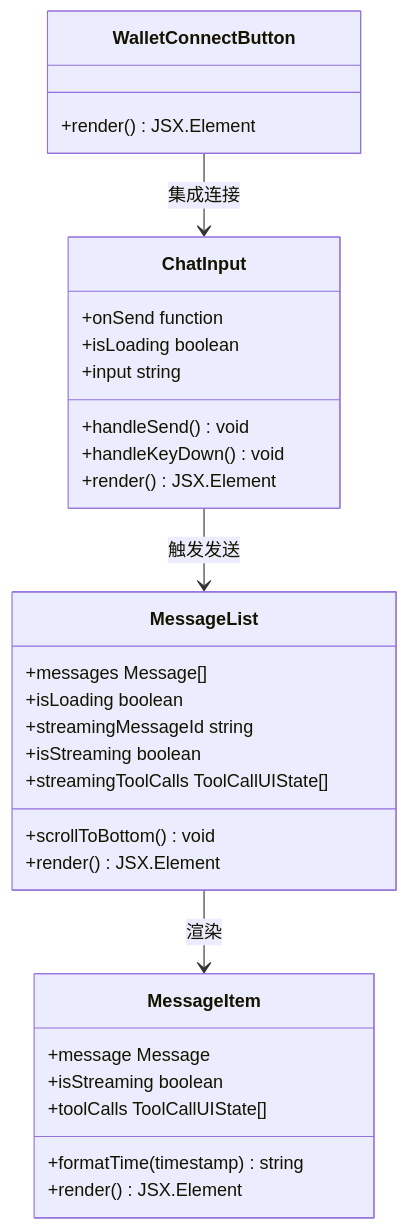
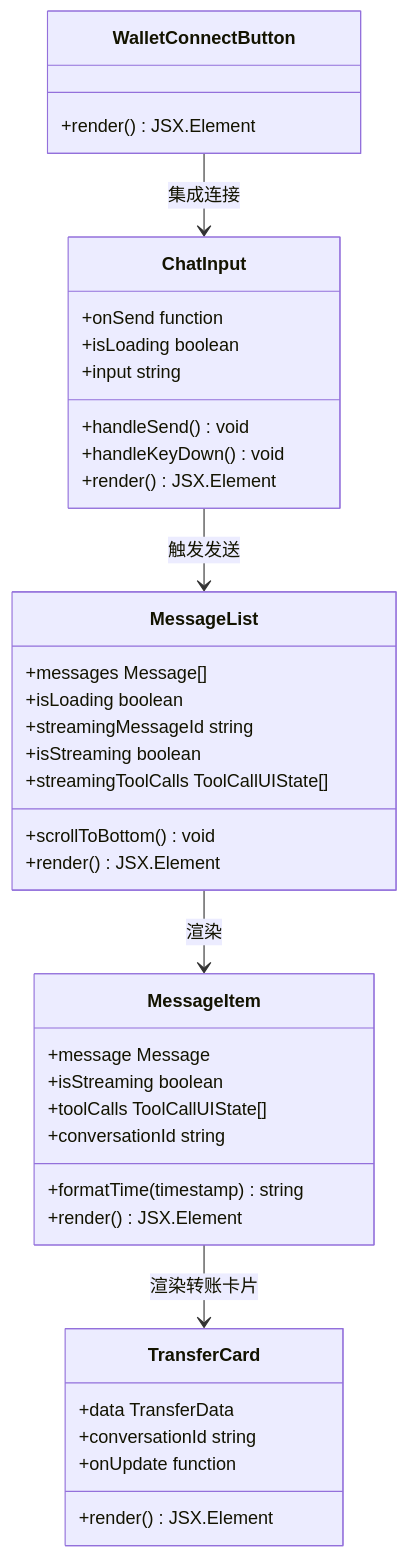
The sixth of 35 diagrams in .qoder/repowiki/zh/content/核心技能详解/SSE流式聊天系统.md (CryptoLinxu/Web3-AI-Agent), drawn with Mermaid before and after one commit. The commit also changed other lines of this file and 7 other files, not shown here.

Commit message:
eat(transfer-card): 实现 ERC20 approve 完整流程" -m "扩展 ERC20_ABI 增加 allowance 和 approve 新增 useReadContract 检查授权额度 allowance 不足时自动显示授权步骤 approve 成功后自动发起 transfer 新增 approving 状态和授权 UI 按钮 类型 TransferStatus 新增 approving

````diff
--- a/.qoder/repowiki/zh/content/核心技能详解/SSE流式聊天系统.md
+++ b/.qoder/repowiki/zh/content/核心技能详解/SSE流式聊天系统.md
@@ -377,33 +418,41 @@
 ```mermaid
 classDiagram
 class MessageItem {
 +message Message
 +isStreaming boolean
 +toolCalls ToolCallUIState[]
++conversationId string
 +formatTime(timestamp) string
 +render() JSX.Element
 }
 class MessageList {
 +messages Message[]
 +isLoading boolean
 +streamingMessageId string
 +isStreaming boolean
 +streamingToolCalls ToolCallUIState[]
 +scrollToBottom() void
 +render() JSX.Element
 }
 class ChatInput {
 +onSend function
 +isLoading boolean
 +input string
 +handleSend() void
 +handleKeyDown() void
 +render() JSX.Element
 }
 class WalletConnectButton {
 +render() JSX.Element
 }
+class TransferCard {
++data TransferData
++conversationId string
++onUpdate function
++render() JSX.Element
+}
 MessageList --> MessageItem : 渲染
+MessageItem --> TransferCard : 渲染转账卡片
 ChatInput --> MessageList : 触发发送
 WalletConnectButton --> ChatInput : 集成连接
 ```
````
